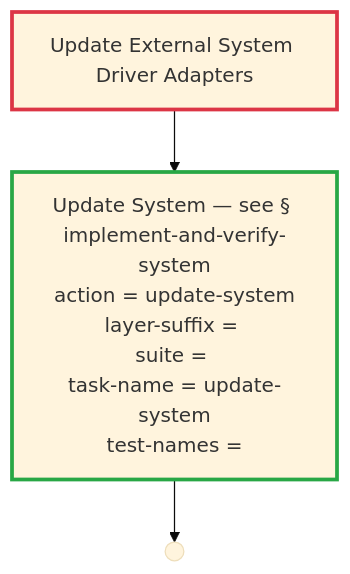
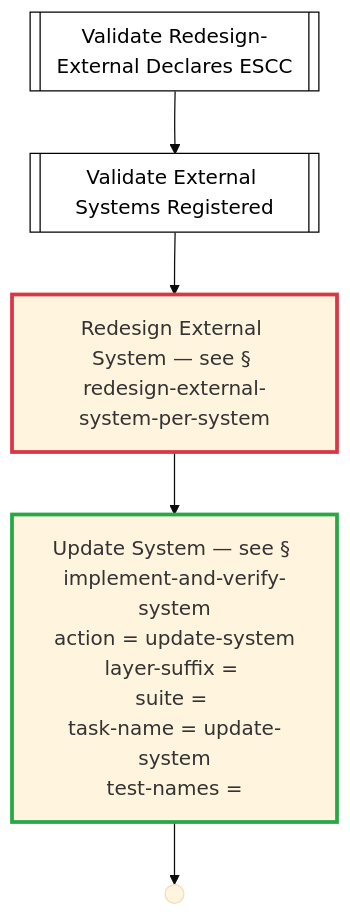
Diagram 49 of 55 in docs/process-diagram.md (optivem/gh-optivem), drawn with Mermaid (base theme) before and after one commit. The commit also changed other lines of this file and 11 other files, not shown here.

Commit message:
atdd: regenerate process-flow diagram

````diff
--- a/docs/process-diagram.md
+++ b/docs/process-diagram.md
@@ -925,15 +959,22 @@
 ```mermaid
 flowchart TD
-    UPDATE_EXTERNAL_SYSTEM_DRIVER_ADAPTERS[Update External System Driver Adapters]
+    VALIDATE_REDESIGN_EXTERNAL_REQUIRES_ESCC[[Validate Redesign-External Declares ESCC]]
+    VALIDATE_EXTERNAL_SYSTEMS_REGISTERED[[Validate External Systems Registered]]
+    REDESIGN_EXTERNAL_SYSTEM[Redesign External System — see § redesign-external-system-per-system]
     IMPLEMENT_AND_VERIFY_SYSTEM["Update System — see § implement-and-verify-system<br/>action = update-system<br/>layer-suffix = <br/>suite = <br/>task-name = update-system<br/>test-names = "]
     REDESIGN_EXTERNAL_END(( ))
 
-    UPDATE_EXTERNAL_SYSTEM_DRIVER_ADAPTERS --> IMPLEMENT_AND_VERIFY_SYSTEM
+    VALIDATE_REDESIGN_EXTERNAL_REQUIRES_ESCC --> VALIDATE_EXTERNAL_SYSTEMS_REGISTERED
+    VALIDATE_EXTERNAL_SYSTEMS_REGISTERED --> REDESIGN_EXTERNAL_SYSTEM
+    REDESIGN_EXTERNAL_SYSTEM --> IMPLEMENT_AND_VERIFY_SYSTEM
     IMPLEMENT_AND_VERIFY_SYSTEM --> REDESIGN_EXTERNAL_END
 
+    classDef serviceNode fill:#ffffff,stroke:#000000,stroke-width:1px,color:#000000
+    class VALIDATE_EXTERNAL_SYSTEMS_REGISTERED,VALIDATE_REDESIGN_EXTERNAL_REQUIRES_ESCC serviceNode
+
     classDef tddRedNode stroke:#dc3545,stroke-width:3px
-    class UPDATE_EXTERNAL_SYSTEM_DRIVER_ADAPTERS tddRedNode
+    class REDESIGN_EXTERNAL_SYSTEM tddRedNode
 
     classDef tddGreenNode stroke:#28a745,stroke-width:3px
     class IMPLEMENT_AND_VERIFY_SYSTEM tddGreenNode
 ```
````
